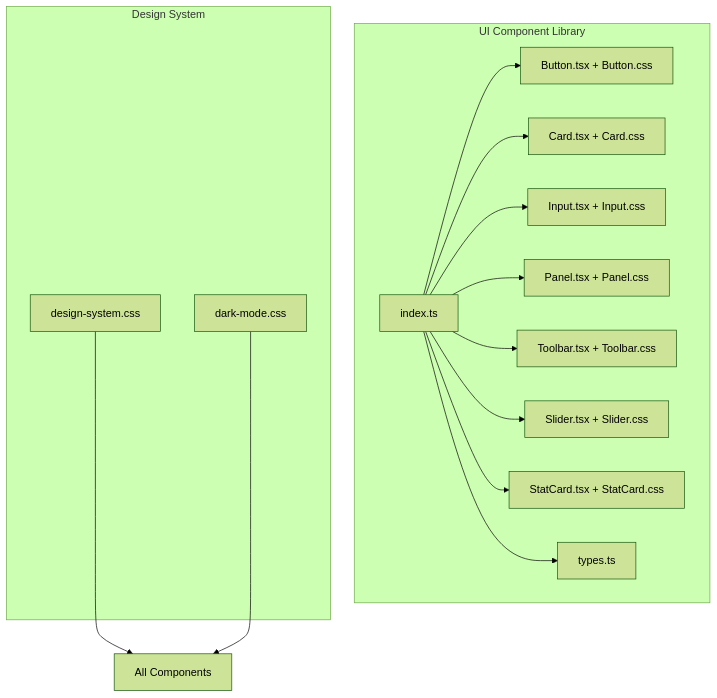
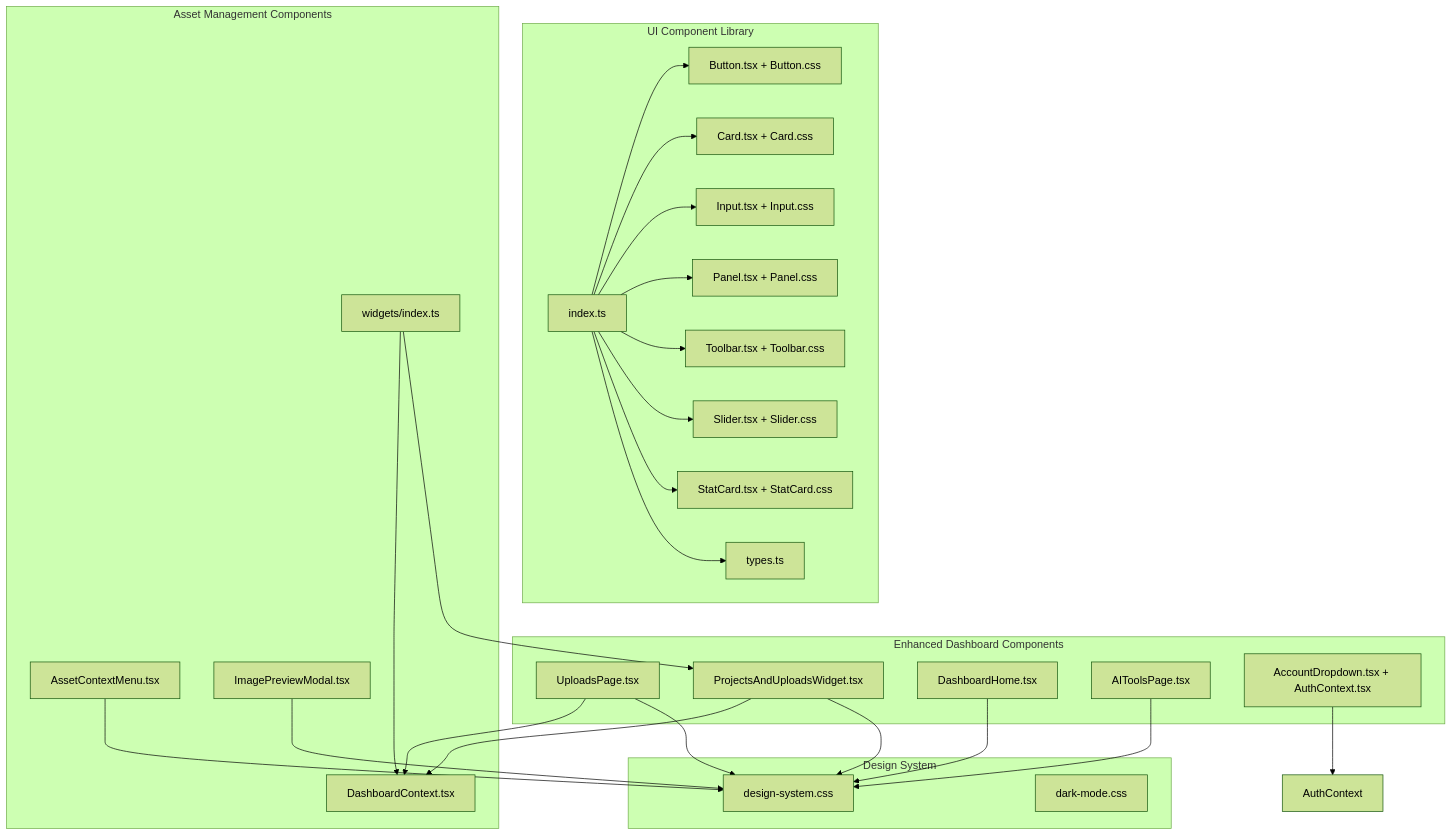
The first of 23 diagrams in .qoder/repowiki/en/content/Frontend Architecture/UI Component Library.md (Brimstow/ThumPiks), drawn with Mermaid (forest theme) before and after one commit. The commit also changed other lines of this file and 900 other files, not shown here.

````diff
--- a/.qoder/repowiki/en/content/Frontend Architecture/UI Component Library.md
+++ b/.qoder/repowiki/en/content/Frontend Architecture/UI Component Library.md
@@ -35,28 +65,50 @@
 ```mermaid
 graph TB
 subgraph "UI Component Library"
 Button[Button.tsx + Button.css]
 Card[Card.tsx + Card.css]
 Input[Input.tsx + Input.css]
 Panel[Panel.tsx + Panel.css]
 Toolbar[Toolbar.tsx + Toolbar.css]
 Slider[Slider.tsx + Slider.css]
 StatCard[StatCard.tsx + StatCard.css]
 Index[index.ts]
 Types[types.ts]
 end
+subgraph "Enhanced Dashboard Components"
+UploadsPage[UploadsPage.tsx]
+ProjectsAndUploadsWidget[ProjectsAndUploadsWidget.tsx]
+DashboardHome[DashboardHome.tsx]
+AIToolsPage[AIToolsPage.tsx]
+AccountDropdown[AccountDropdown.tsx + AuthContext.tsx]
+end
+subgraph "Asset Management Components"
+AssetContextMenu[AssetContextMenu.tsx]
+ImagePreviewModal[ImagePreviewModal.tsx]
+WidgetIndex[widgets/index.ts]
+DashboardContext[DashboardContext.tsx]
+end
 subgraph "Design System"
 DesignSystem[design-system.css]
 DarkMode[dark-mode.css]
 end
 Index --> Button
 Index --> Card
 Index --> Input
 Index --> Panel
 Index --> Toolbar
 Index --> Slider
 Index --> StatCard
 Index --> Types
-DesignSystem --> all[All Components]
-DarkMode --> all
+UploadsPage --> DesignSystem
+ProjectsAndUploadsWidget --> DesignSystem
+ProjectsAndUploadsWidget --> DashboardContext
+UploadsPage --> DashboardContext
+DashboardHome --> DesignSystem
+AIToolsPage --> DesignSystem
+AccountDropdown --> AuthContext
+WidgetIndex --> ProjectsAndUploadsWidget
+WidgetIndex --> DashboardContext
+AssetContextMenu --> DesignSystem
+ImagePreviewModal --> DesignSystem
 ```
````
